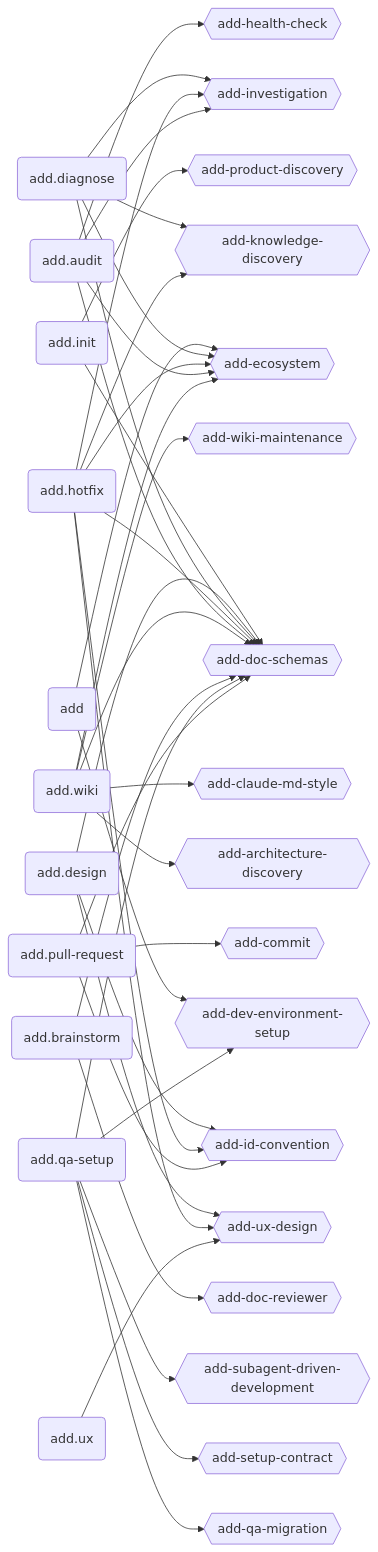
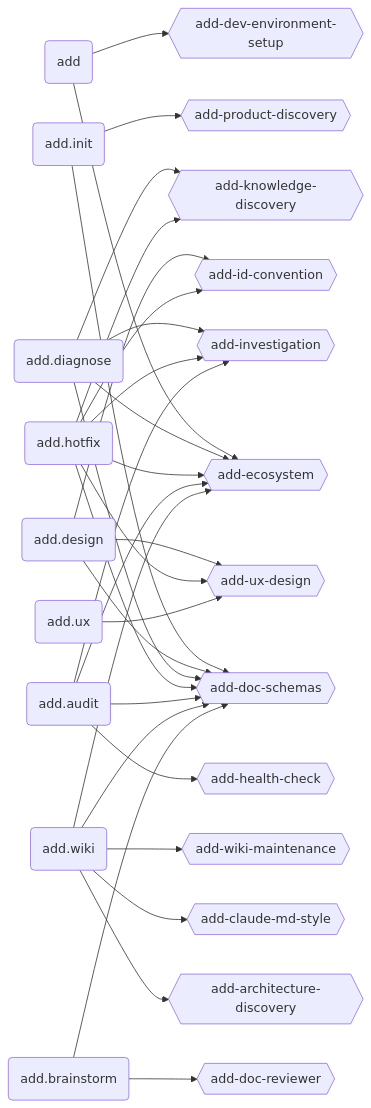
One commit to brabos-ai/code-addiction changed the second of 3 diagrams in ecosystem.md. Above: the diagram before and after it, drawn with Mermaid. The commit also changed other lines of this file and 2 other files, not shown here.

Commit message:
docs(sync): regenerate ecosystem map and refresh done/qa-setup docs

````diff
--- a/ecosystem.md
+++ b/ecosystem.md
@@ -66,44 +49,36 @@
 ```mermaid
 graph LR
   ADD(add)
   INIT(add.init)
   DESIGN(add.design)
   DIAGNOSE(add.diagnose)
   HOTFIX(add.hotfix)
   AUDIT(add.audit)
   WIKI(add.wiki)
   BRAINSTORM(add.brainstorm)
   UX_CMD(add.ux)
-  QASETUP(add.qa-setup)
-  PR(add.pull-request)
 
+  AD{{add-architecture-discovery}}
+  CMS{{add-claude-md-style}}
+  DE{{add-dev-environment-setup}}
+  DR{{add-doc-reviewer}}
+  DS{{add-doc-schemas}}
   ECO{{add-ecosystem}}
-  DS{{add-doc-schemas}}
+  HC{{add-health-check}}
   ID{{add-id-convention}}
-  UX{{add-ux-design}}
   IV{{add-investigation}}
   KD{{add-knowledge-discovery}}
   PD{{add-product-discovery}}
-  HC{{add-health-check}}
-  AD{{add-architecture-discovery}}
-  CMS{{add-claude-md-style}}
+  UX{{add-ux-design}}
   WM{{add-wiki-maintenance}}
-  DE{{add-dev-environment-setup}}
-  DR{{add-doc-reviewer}}
-  CM{{add-commit}}
-  QMIG{{add-qa-migration}}
-  SC{{add-setup-contract}}
-  SDD{{add-subagent-driven-development}}
 
   ADD --> ECO & DE
   INIT --> DS & PD
   DESIGN --> DS & ID & UX
   DIAGNOSE --> DS & ECO & IV & KD
-  HOTFIX --> DS & ID & IV & KD & UX & ECO
-  AUDIT --> DS & HC & IV & ECO
-  WIKI --> DS & AD & CMS & WM & ECO
-  BRAINSTORM --> DS & DR
+  HOTFIX --> DS & ECO & ID & IV & KD & UX
+  AUDIT --> DS & ECO & HC & IV
+  WIKI --> AD & CMS & DS & ECO & WM
+  BRAINSTORM --> DR & DS
   UX_CMD --> UX
-  QASETUP --> DE & DS & QMIG & SC & SDD
-  PR --> DS & ID & CM
 ```
````
